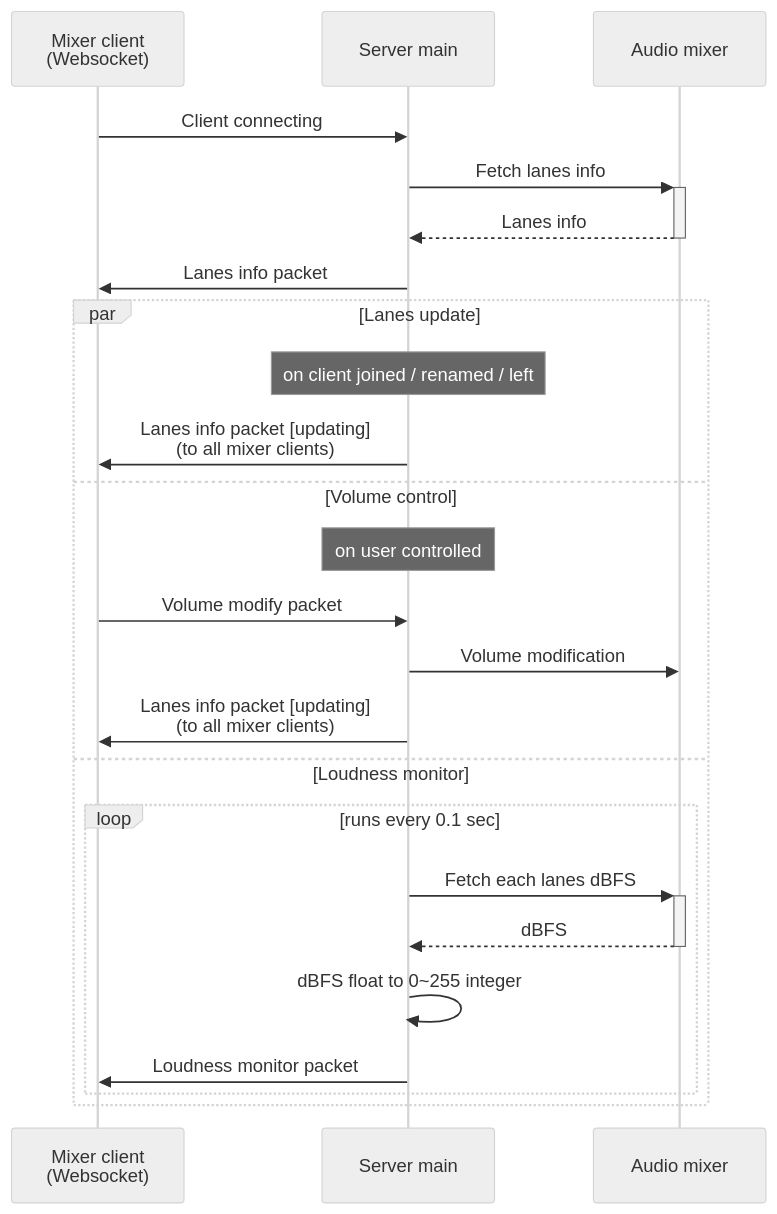
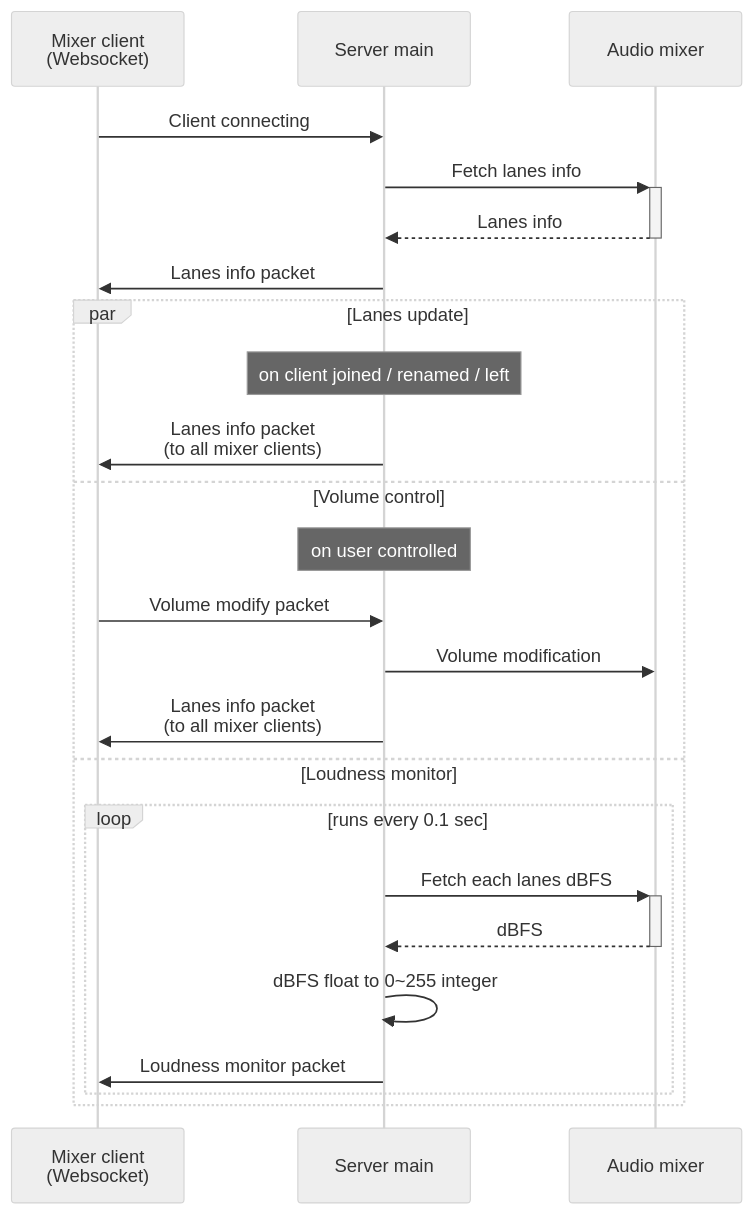
One commit to aKuad/web-intercom changed the second of 2 diagrams in designs/server-sequence.md. Above: the diagram before and after it, drawn with Mermaid (neutral theme).

Commit message:
Fix: Now 'Lanes updating packet' is deprecated design, remove from `server-sequence.md` doc

````diff
--- a/designs/server-sequence.md
+++ b/designs/server-sequence.md
@@ -24,28 +24,28 @@
 ```mermaid
 sequenceDiagram
   participant WSM as Mixer client<br>(Websocket)
   participant S as Server main
   participant AM as Audio mixer
 
   WSM->>S: Client connecting
   S->>+AM: Fetch lanes info
   AM-->>-S: Lanes info
   S->>WSM: Lanes info packet
 
   par Lanes update
     Note over S: on client joined / renamed / left
-    S->>WSM: Lanes info packet [updating]<br>(to all mixer clients)
+    S->>WSM: Lanes info packet<br>(to all mixer clients)
   and Volume control
     Note over S: on user controlled
     WSM->>S: Volume modify packet
     S->>AM: Volume modification
-    S->>WSM: Lanes info packet [updating]<br>(to all mixer clients)
+    S->>WSM: Lanes info packet<br>(to all mixer clients)
   and Loudness monitor
     loop runs every 0.1 sec
       S->>+AM: Fetch each lanes dBFS
       AM-->>-S: dBFS
       S->>S: dBFS float to 0~255 integer
       S->>WSM: Loudness monitor packet
     end
   end
 ```
````
